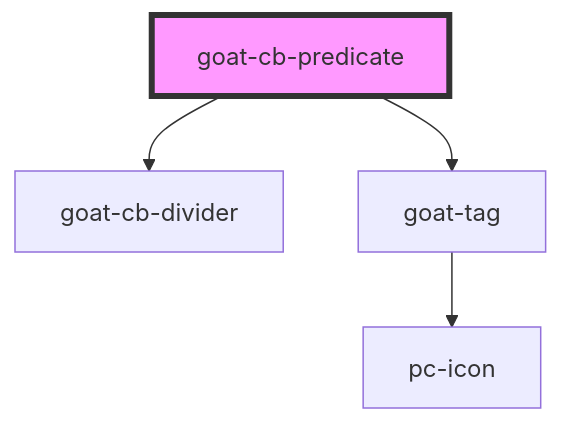
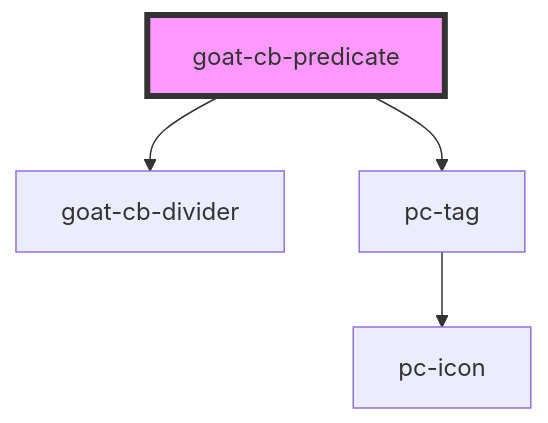
One commit to redvars/peacock changed the diagram in src/components/application/condition-builder/cb-predicate/readme.md. Above: the diagram before and after it, drawn with Mermaid. The commit also changed other lines of this file and 127 other files, not shown here.

````diff
--- a/src/components/application/condition-builder/cb-predicate/readme.md
+++ b/src/components/application/condition-builder/cb-predicate/readme.md
@@ -24,7 +24,7 @@
 ```mermaid
 graph TD;
   goat-cb-predicate --> goat-cb-divider
-  goat-cb-predicate --> goat-tag
-  goat-tag --> pc-icon
+  goat-cb-predicate --> pc-tag
+  pc-tag --> pc-icon
   style goat-cb-predicate fill:#f9f,stroke:#333,stroke-width:4px
 ```
````
